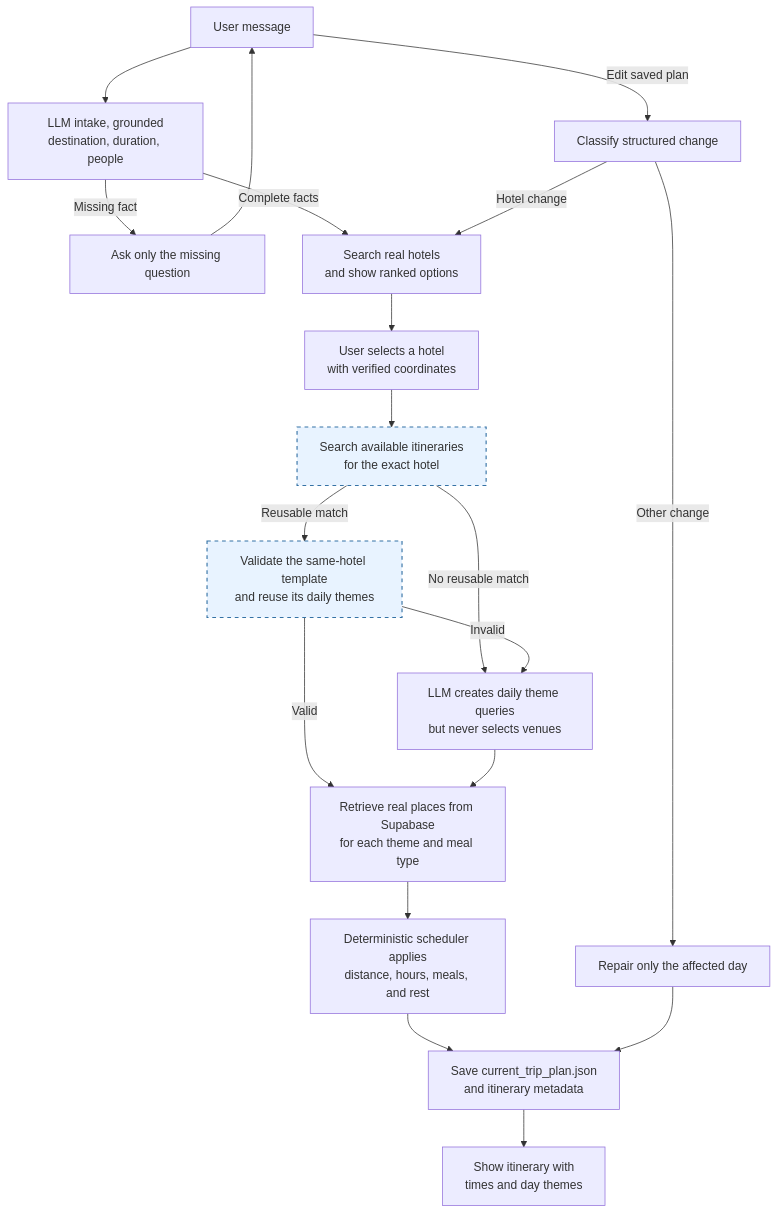
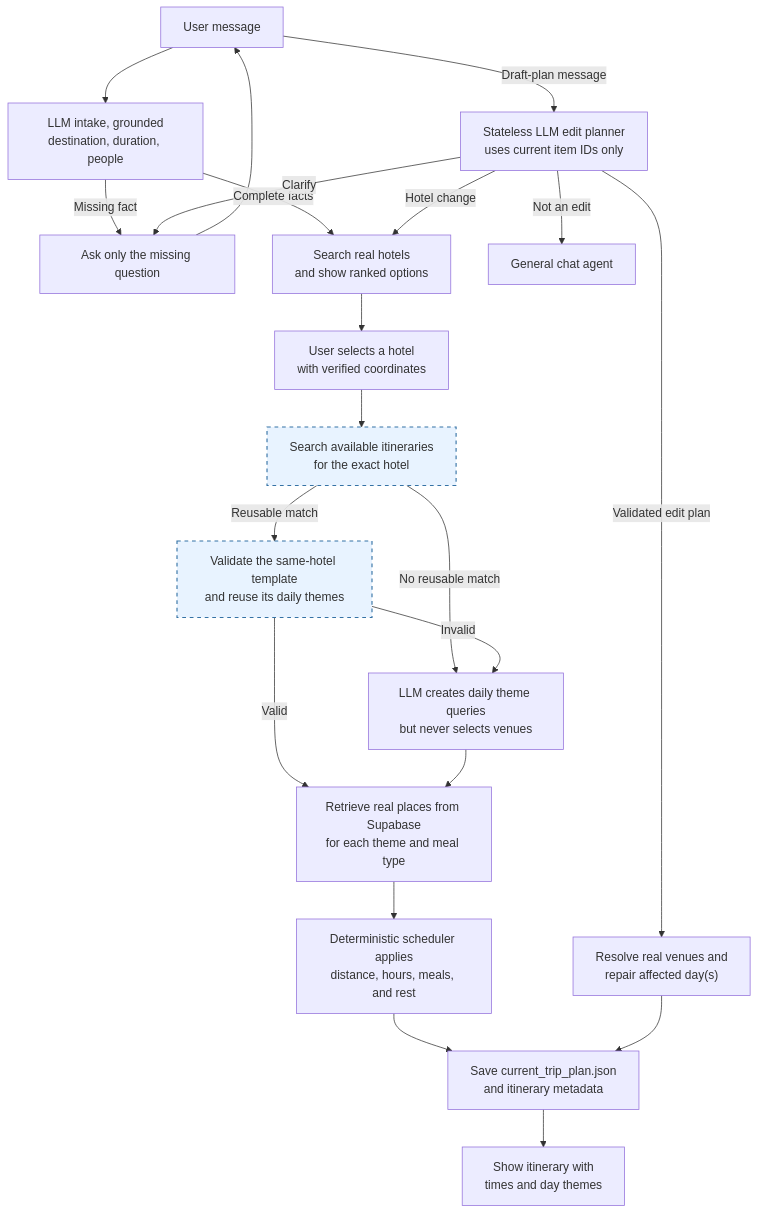
Before and after one commit to 0infinitive0/VSF-Intern-project: the first of 4 diagrams in docs/architecture/agent_workflow_and_semantic_search_stack.md, drawn with Mermaid. The commit also changed other lines of this file and 29 other files, not shown here.

````diff
--- a/docs/architecture/agent_workflow_and_semantic_search_stack.md
+++ b/docs/architecture/agent_workflow_and_semantic_search_stack.md
@@ -20,25 +20,27 @@
 ```mermaid
 flowchart TD
     U["User message"] --> I["LLM intake, grounded<br/>destination, duration, people"]
     I -->|"Missing fact"| Q["Ask only the missing question"]
     Q --> U
     I -->|"Complete facts"| H["Search real hotels<br/>and show ranked options"]
     H --> S["User selects a hotel<br/>with verified coordinates"]
     S --> A["Search available itineraries<br/>for the exact hotel"]
     A -->|"No reusable match"| T["LLM creates daily theme queries<br/>but never selects venues"]
     A -->|"Reusable match"| W["Validate the same-hotel template<br/>and reuse its daily themes"]
     W -->|"Valid"| R
     W -->|"Invalid"| T
     T --> R["Retrieve real places from Supabase<br/>for each theme and meal type"]
     R --> D["Deterministic scheduler applies<br/>distance, hours, meals, and rest"]
     D --> P["Save current_trip_plan.json<br/>and itinerary metadata"]
     P --> O["Show itinerary with<br/>times and day themes"]
 
-    U -->|"Edit saved plan"| C["Classify structured change"]
-    C -->|"Hotel change"| H
-    C -->|"Other change"| V["Repair only the affected day"]
+    U -->|"Draft-plan message"| E["Stateless LLM edit planner\nuses current item IDs only"]
+    E -->|"Clarify"| Q
+    E -->|"Not an edit"| G["General chat agent"]
+    E -->|"Hotel change"| H
+    E -->|"Validated edit plan"| V["Resolve real venues and\nrepair affected day(s)"]
     V --> P
 
     classDef reuse fill:#e8f3ff,stroke:#3572a5,stroke-width:1.5px,stroke-dasharray:5 5;
     class A,W reuse;
 ```
````
